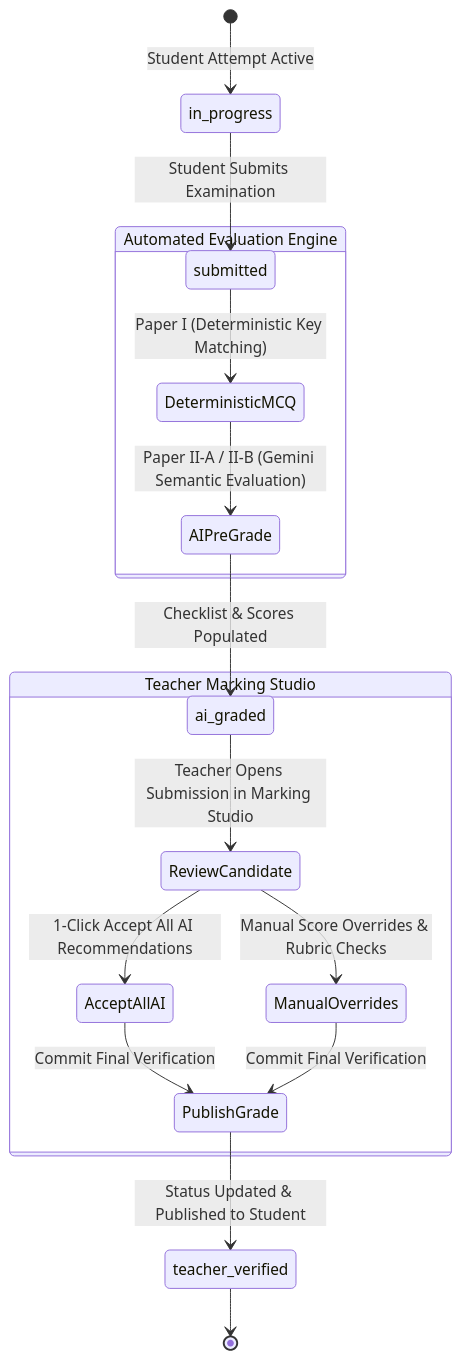
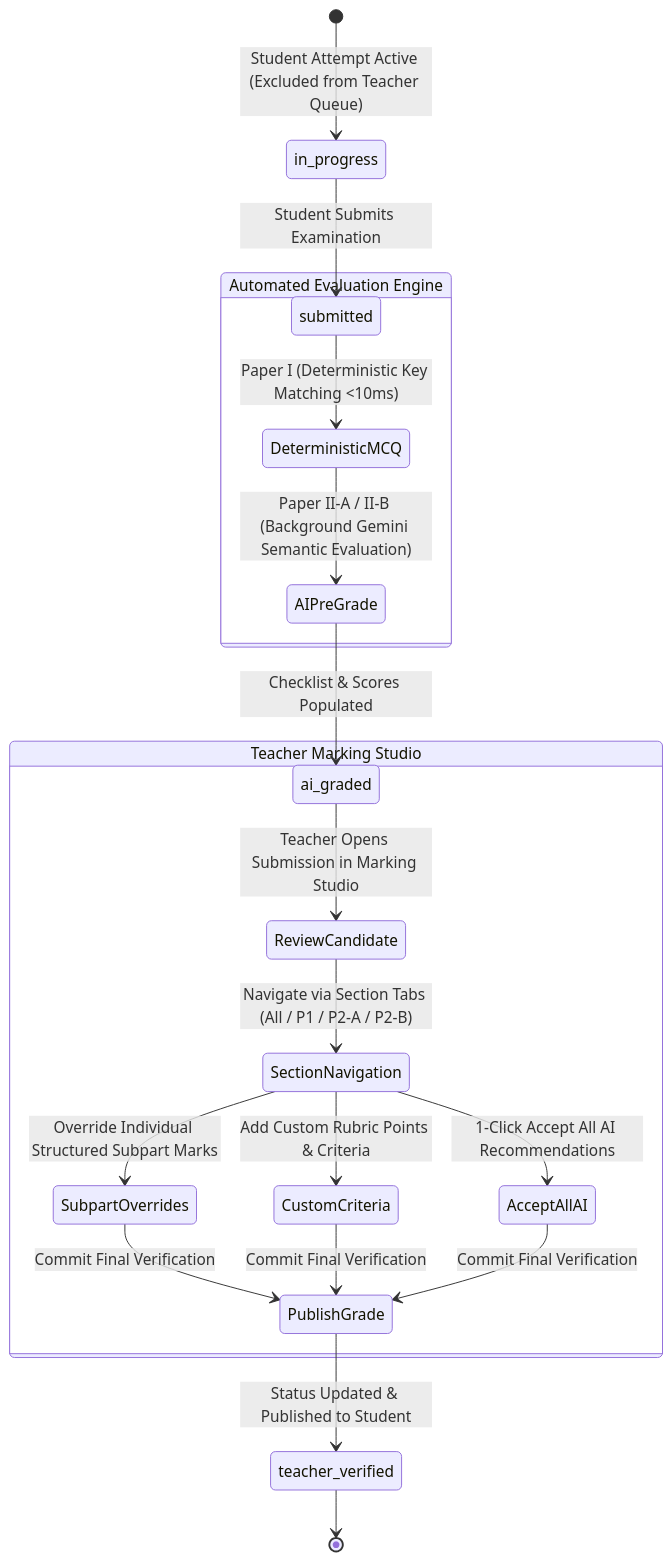
One commit to dazai2003/lumora_LMS changed the diagram in technical-documentation/14_GRADING_AND_MARKING_STUDIO.md. Above: the diagram before and after it, drawn with Mermaid. The commit also changed other lines of this file and 261 other files, not shown here.

Commit message:
feat(exams): resolve Full Paper teacher grading studio rendering, exclude unsubmitted retries, enhance attempt lifecycle and update master technical documentation

````diff
--- a/technical-documentation/14_GRADING_AND_MARKING_STUDIO.md
+++ b/technical-documentation/14_GRADING_AND_MARKING_STUDIO.md
@@ -7,22 +7,25 @@
 ```mermaid
 stateDiagram-v2
-    [*] --> in_progress: Student Attempt Active
+    [*] --> in_progress: Student Attempt Active (Excluded from Teacher Queue)
     in_progress --> submitted: Student Submits Examination
     
     state "Automated Evaluation Engine" as AutoEval {
-        submitted --> DeterministicMCQ: Paper I (Deterministic Key Matching)
-        DeterministicMCQ --> AIPreGrade: Paper II-A / II-B (Gemini Semantic Evaluation)
+        submitted --> DeterministicMCQ: Paper I (Deterministic Key Matching <10ms)
+        DeterministicMCQ --> AIPreGrade: Paper II-A / II-B (Background Gemini Semantic Evaluation)
         AIPreGrade --> ai_graded: Checklist & Scores Populated
     }
     
     state "Teacher Marking Studio" as Studio {
         ai_graded --> ReviewCandidate: Teacher Opens Submission in Marking Studio
-        ReviewCandidate --> AcceptAllAI: 1-Click Accept All AI Recommendations
-        ReviewCandidate --> ManualOverrides: Manual Score Overrides & Rubric Checks
+        ReviewCandidate --> SectionNavigation: Navigate via Section Tabs (All / P1 / P2-A / P2-B)
+        SectionNavigation --> SubpartOverrides: Override Individual Structured Subpart Marks
+        SectionNavigation --> CustomCriteria: Add Custom Rubric Points & Criteria
+        SectionNavigation --> AcceptAllAI: 1-Click Accept All AI Recommendations
+        SubpartOverrides --> PublishGrade: Commit Final Verification
+        CustomCriteria --> PublishGrade: Commit Final Verification
         AcceptAllAI --> PublishGrade: Commit Final Verification
-        ManualOverrides --> PublishGrade: Commit Final Verification
     }
     
     PublishGrade --> teacher_verified: Status Updated & Published to Student
     teacher_verified --> [*]
 ```
````
